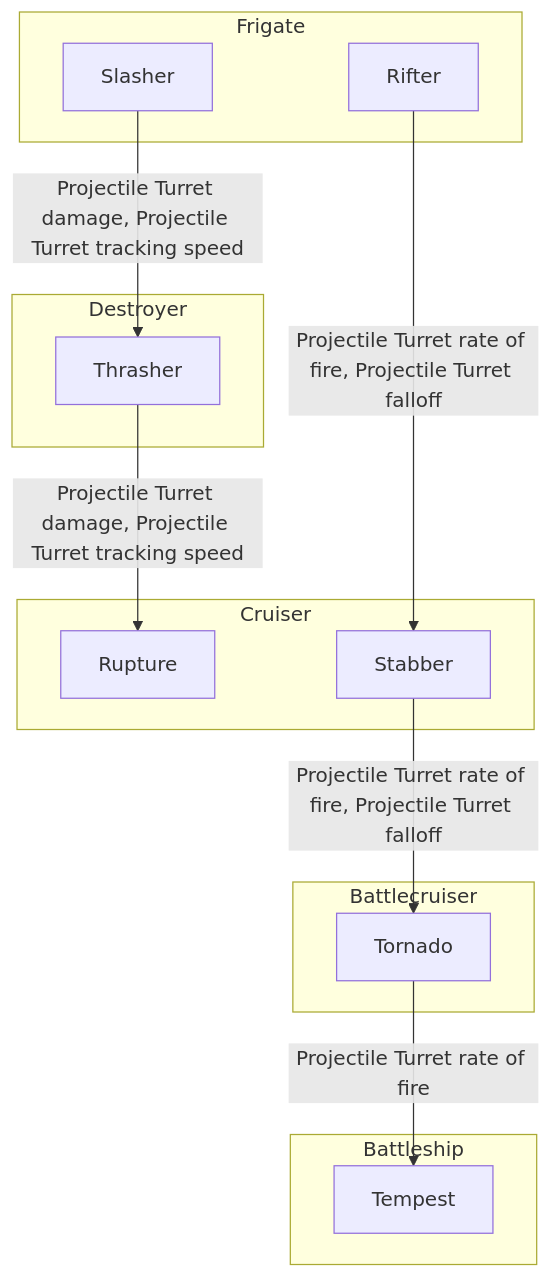
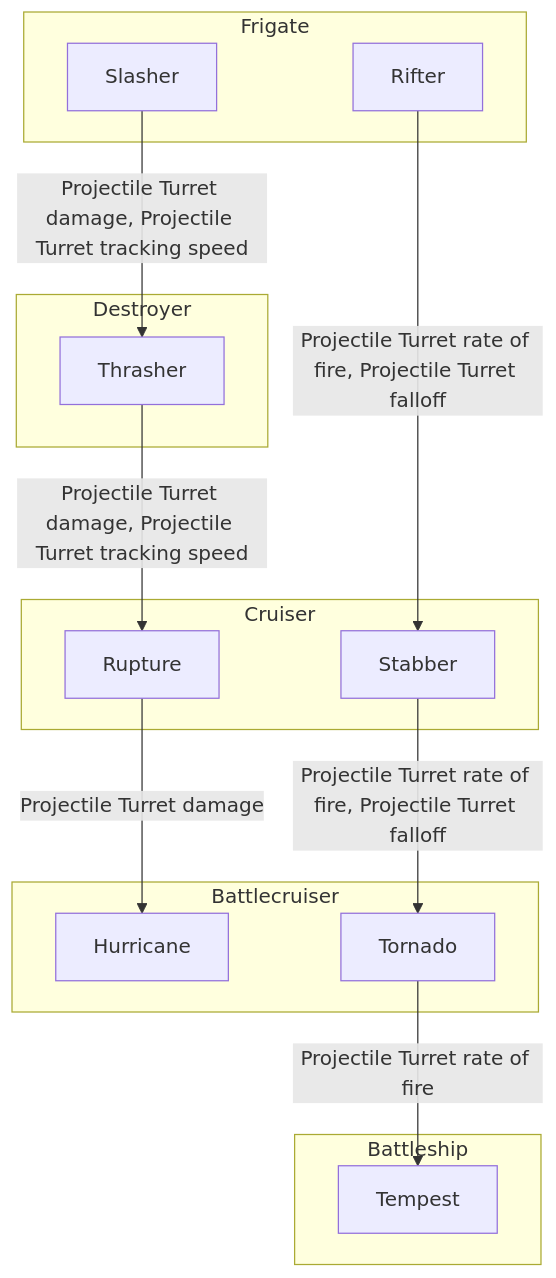
Before and after one commit to Skybladev2/EveShipsProgression: the diagram in README.md, drawn with Mermaid.

Commit message:
Add Hurricane

````diff
--- a/README.md
+++ b/README.md
@@ -3,29 +3,31 @@
 ```mermaid
 flowchart
 	
 	
 	
 	subgraph s1["Frigate"]
 		n5["Slasher"]
 		n1["Rifter"]
 	end
 	n1
 	subgraph s2["Cruiser"]
 		n7["Rupture"]
 		n2["Stabber"]
 	end
 	n1 -->|"Projectile Turret rate of fire, Projectile Turret falloff"| n2
 	subgraph s3["Battlecruiser"]
+		n8["Hurricane"]
 		n3["Tornado"]
 	end
 	n2 -->|"Projectile Turret rate of fire, Projectile Turret falloff"| n3
 	subgraph s4["Battleship"]
 		n4["Tempest"]
 	end
 	n3 -->|"Projectile Turret rate of fire"| n4
 	subgraph s5["Destroyer"]
 		n6["Thrasher"]
 	end
 	n5 -->|"Projectile Turret damage, Projectile Turret tracking speed"| n6
 	n6 -->|"Projectile Turret damage, Projectile Turret tracking speed"| n7
+	n7 -->|"Projectile Turret damage"| n8
 ```
````
